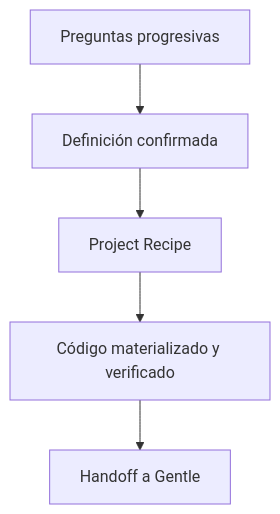
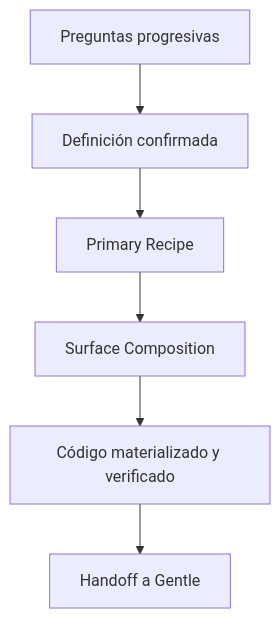
One commit to JhonMA82/engineering-platform changed the diagram in README.md. Above: the diagram before and after it, drawn with Mermaid. The commit also changed other lines of this file and 7 other files, not shown here.

````diff
--- a/README.md
+++ b/README.md
@@ -13,7 +13,8 @@
 ```mermaid
 flowchart TD
     A["Preguntas progresivas"] --> B["Definición confirmada"]
-    B --> C["Project Recipe"]
-    C --> D["Código materializado y verificado"]
-    D --> E["Handoff a Gentle"]
+    B --> C["Primary Recipe"]
+    C --> D["Surface Composition"]
+    D --> E["Código materializado y verificado"]
+    E --> F["Handoff a Gentle"]
 ```
````
